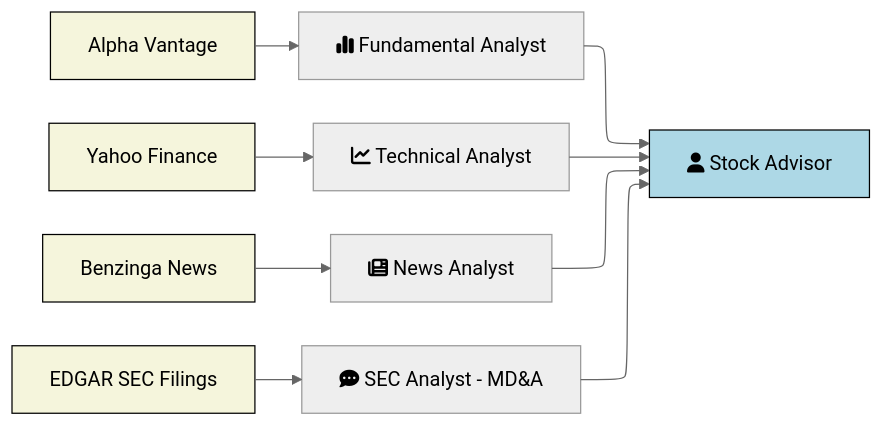
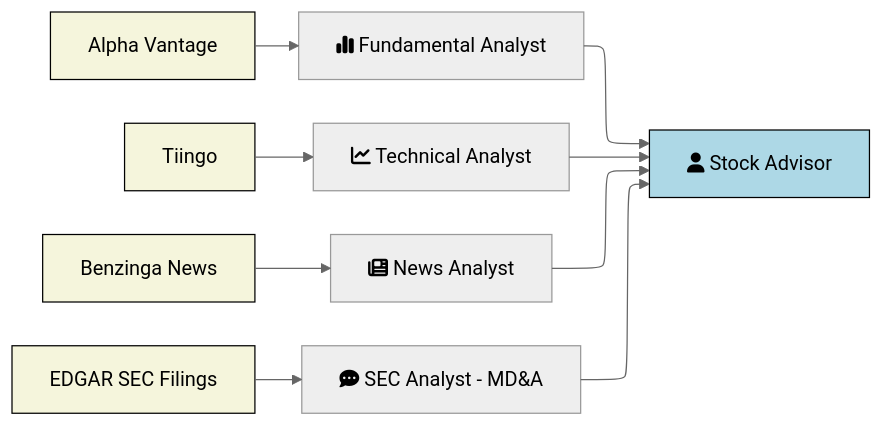
Before and after one commit to ivarurdalen/finmas: the diagram in docs/include/diagrams/crews/combined.mmd, drawn with Mermaid. The commit also changed 7 other files, not shown here.

Commit message:
:memo: docs: change all references from Yahoo Finance to Tiingo for price data

```diff
--- a/docs/include/diagrams/crews/combined.mmd
+++ b/docs/include/diagrams/crews/combined.mmd
@@ -1,21 +1,21 @@
 ---
 config:
   layout: elk
   look: classic
   theme: neutral
 ---
 flowchart LR
     AV["Alpha Vantage"] --> F
-    TA["Yahoo Finance"] --> T
+    TA["Tiingo"] --> T
     B["Benzinga News"] --> N
     E["EDGAR SEC Filings"] --> MDA
     N["fa:fa-newspaper News Analyst"] --> A["fa:fa-user Stock Advisor"]
     T["fa:fa-chart-line Technical Analyst"] --> A
     F["fa:fa-chart-simple Fundamental Analyst"] --> A
     MDA["fa:fa-comment-dots SEC Analyst - MD&A"] --> A
 
     classDef lightBlue fill:#ADD8E6,stroke:black
     class A lightBlue
 
     classDef beige fill:#F5F5DC,stroke:black
     class AV,TA,B,E beige
```
